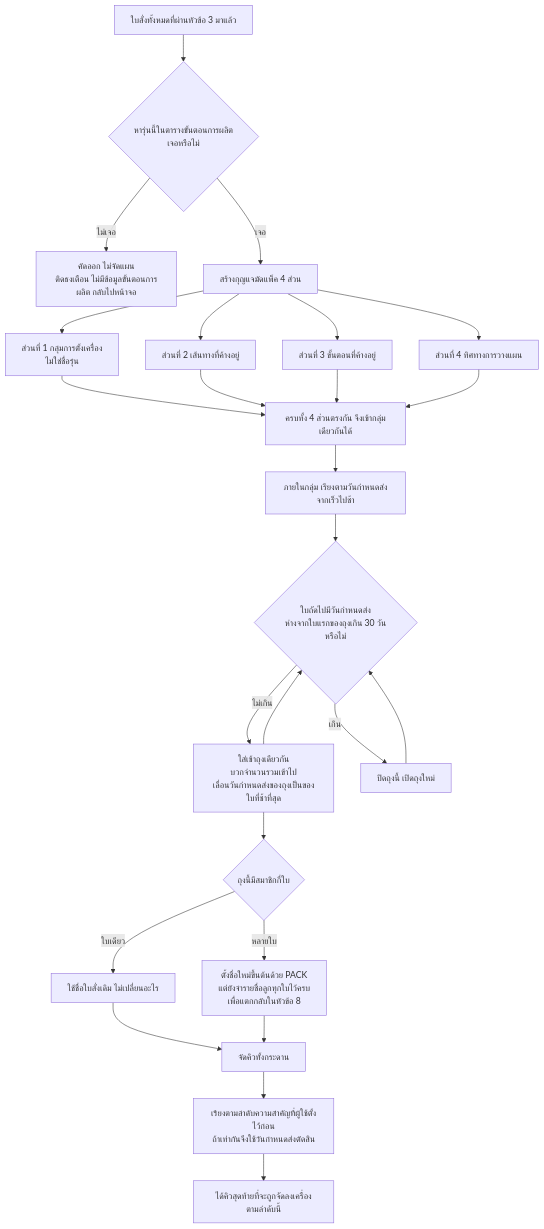
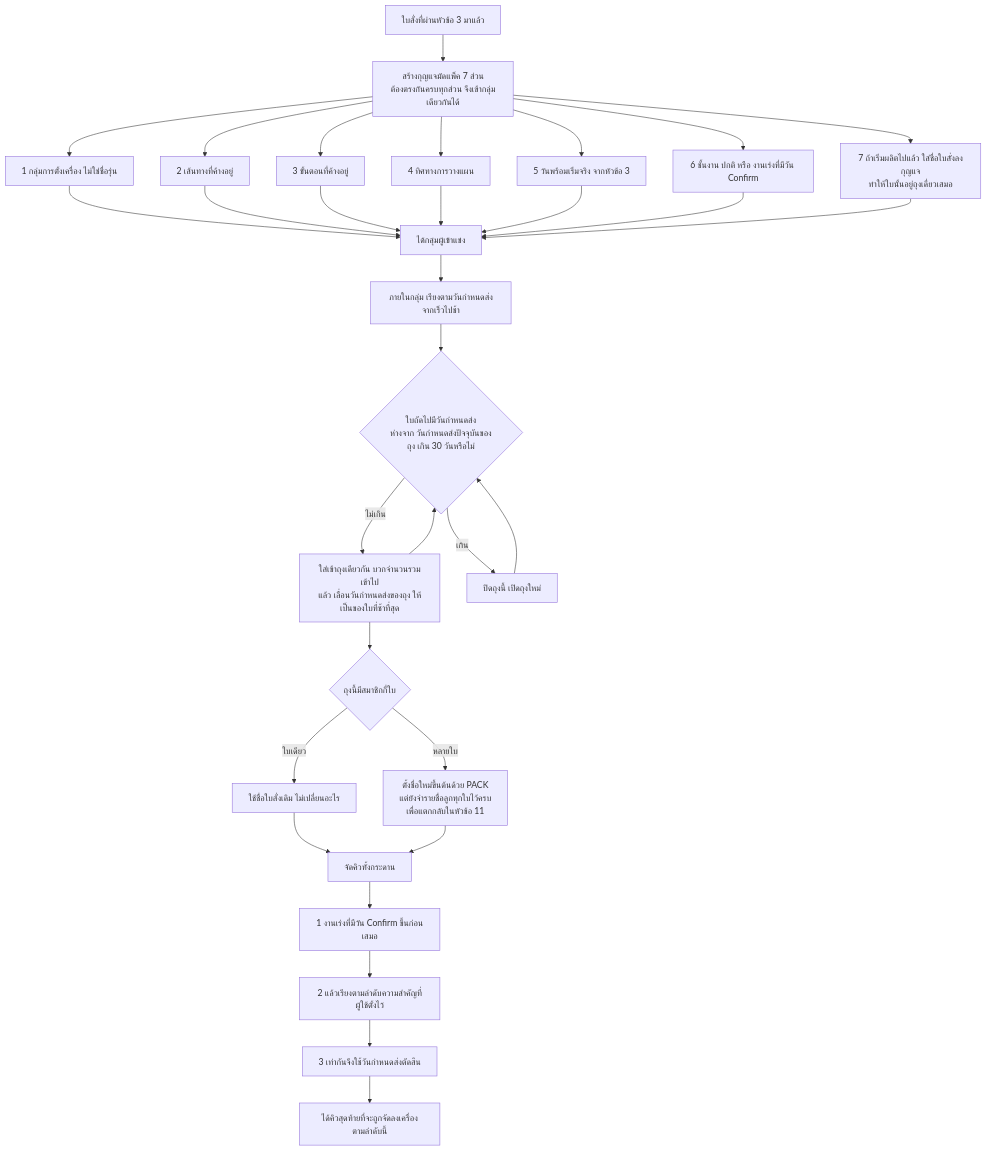
The fifth of 14 diagrams in backend/docs/SCHEDULER_FLOW.md (kornt-alt/mse-pc-auto-plan), drawn with Mermaid before and after one commit. The commit also changed other lines of this file, not shown here.

````diff
--- a/backend/docs/SCHEDULER_FLOW.md
+++ b/backend/docs/SCHEDULER_FLOW.md
@@ -200,32 +296,38 @@
 ```mermaid
 flowchart TD
-    A["ใบสั่งทั้งหมดที่ผ่านหัวข้อ 3 มาแล้ว"] --> CK{"หารุ่นนี้ในตารางขั้นตอนการผลิตเจอหรือไม่"}
-    CK -->|"ไม่เจอ"| X["คัดออก ไม่จัดแผน<br/>ติดธงเตือน ไม่มีข้อมูลขั้นตอนการผลิต กลับไปหน้าจอ"]
-    CK -->|"เจอ"| K["สร้างกุญแจมัดแพ็ค 4 ส่วน"]
+    A["ใบสั่งที่ผ่านหัวข้อ 3 มาแล้ว"] --> K["สร้างกุญแจมัดแพ็ค 7 ส่วน<br/>ต้องตรงกันครบทุกส่วน จึงเข้ากลุ่มเดียวกันได้"]
 
-    K --> K1["ส่วนที่ 1 กลุ่มการตั้งเครื่อง<br/>ไม่ใช่ชื่อรุ่น"]
-    K --> K2["ส่วนที่ 2 เส้นทางที่ค้างอยู่"]
-    K --> K3["ส่วนที่ 3 ขั้นตอนที่ค้างอยู่"]
-    K --> K4["ส่วนที่ 4 ทิศทางการวางแผน"]
+    K --> K1["1 กลุ่มการตั้งเครื่อง ไม่ใช่ชื่อรุ่น"]
+    K --> K2["2 เส้นทางที่ค้างอยู่"]
+    K --> K3["3 ขั้นตอนที่ค้างอยู่"]
+    K --> K4["4 ทิศทางการวางแผน"]
+    K --> K5["5 วันพร้อมเริ่มจริง จากหัวข้อ 3"]
+    K --> K6["6 ชั้นงาน ปกติ หรือ งานเร่งที่มีวัน Confirm"]
+    K --> K7["7 ถ้าเริ่มผลิตไปแล้ว ใส่ชื่อใบสั่งลงกุญแจ<br/>ทำให้ใบนั้นอยู่ถุงเดี่ยวเสมอ"]
 
-    K1 --> G["ครบทั้ง 4 ส่วนตรงกัน จึงเข้ากลุ่มเดียวกันได้"]
+    K1 --> G["ได้กลุ่มผู้เข้าแข่ง"]
     K2 --> G
     K3 --> G
     K4 --> G
+    K5 --> G
+    K6 --> G
+    K7 --> G
 
     G --> SORT["ภายในกลุ่ม เรียงตามวันกำหนดส่งจากเร็วไปช้า"]
-    SORT --> LOOP{"ใบถัดไปมีวันกำหนดส่ง<br/>ห่างจากใบแรกของถุงเกิน 30 วันหรือไม่"}
-    LOOP -->|"ไม่เกิน"| ADD["ใส่เข้าถุงเดียวกัน<br/>บวกจำนวนรวมเข้าไป<br/>เลื่อนวันกำหนดส่งของถุงเป็นของใบที่ช้าที่สุด"]
+    SORT --> LOOP{"ใบถัดไปมีวันกำหนดส่ง<br/>ห่างจาก วันกำหนดส่งปัจจุบันของถุง เกิน 30 วันหรือไม่"}
+    LOOP -->|"ไม่เกิน"| ADD["ใส่เข้าถุงเดียวกัน บวกจำนวนรวมเข้าไป<br/>แล้ว เลื่อนวันกำหนดส่งของถุง ให้เป็นของใบที่ช้าที่สุด"]
     LOOP -->|"เกิน"| NEW["ปิดถุงนี้ เปิดถุงใหม่"]
     ADD --> LOOP
     NEW --> LOOP
 
     ADD --> RES{"ถุงนี้มีสมาชิกกี่ใบ"}
     RES -->|"ใบเดียว"| R1["ใช้ชื่อใบสั่งเดิม ไม่เปลี่ยนอะไร"]
-    RES -->|"หลายใบ"| R2["ตั้งชื่อใหม่ขึ้นต้นด้วย PACK<br/>แต่ยังจำรายชื่อลูกทุกใบไว้ครบ<br/>เพื่อแตกกลับในหัวข้อ 8"]
+    RES -->|"หลายใบ"| R2["ตั้งชื่อใหม่ขึ้นต้นด้วย PACK<br/>แต่ยังจำรายชื่อลูกทุกใบไว้ครบ<br/>เพื่อแตกกลับในหัวข้อ 11"]
 
     R1 --> Q["จัดคิวทั้งกระดาน"]
     R2 --> Q
-    Q --> Q1["เรียงตามลำดับความสำคัญที่ผู้ใช้ตั้งไว้ก่อน<br/>ถ้าเท่ากันจึงใช้วันกำหนดส่งตัดสิน"]
-    Q1 --> OUT["ได้คิวสุดท้ายที่จะถูกจัดลงเครื่องตามลำดับนี้"]
+    Q --> Q1["1 งานเร่งที่มีวัน Confirm ขึ้นก่อนเสมอ"]
+    Q1 --> Q2["2 แล้วเรียงตามลำดับความสำคัญที่ผู้ใช้ตั้งไว้"]
+    Q2 --> Q3["3 เท่ากันจึงใช้วันกำหนดส่งตัดสิน"]
+    Q3 --> OUT["ได้คิวสุดท้ายที่จะถูกจัดลงเครื่องตามลำดับนี้"]
 ```
````
